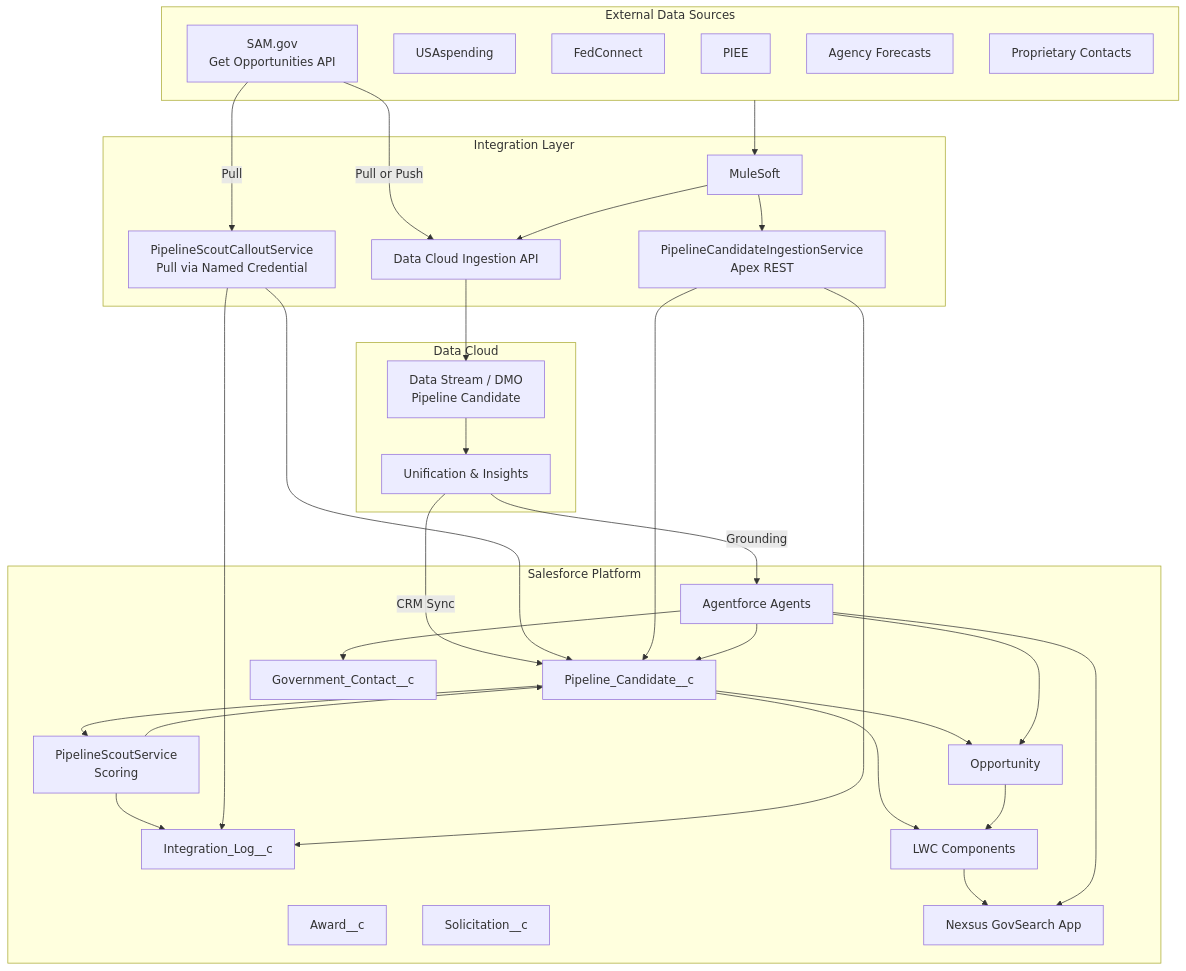
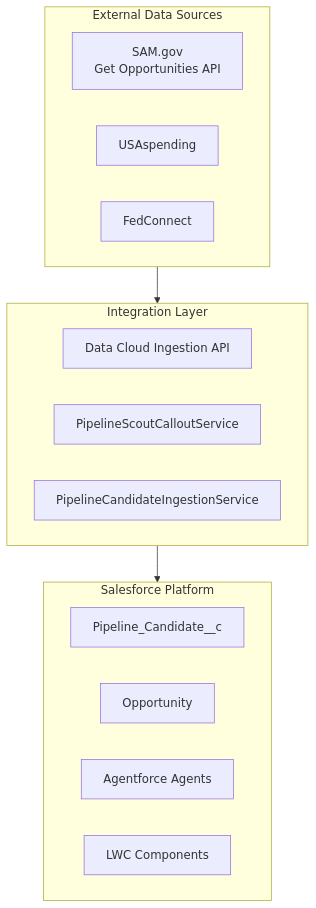
Before and after one commit to Hectorcaban-sudo/Nexsus-GovSearch: the diagram in docs/diagrams.md, drawn with Mermaid. The commit also changed other lines of this file, not shown here.

Commit message:
Add JPG workflow diagram references to diagrams.md

````diff
--- a/docs/diagrams.md
+++ b/docs/diagrams.md
@@ -7,65 +41,24 @@
 ```mermaid
 flowchart TD
     subgraph External["External Data Sources"]
         SAM[SAM.gov<br/>Get Opportunities API]
         USA[USAspending]
         FC[FedConnect]
-        PIEE[PIEE]
-        Forecasts[Agency Forecasts]
-        Contacts[Proprietary Contacts]
     end
 
     subgraph Integration["Integration Layer"]
         DCIngest[Data Cloud Ingestion API]
-        Callout[PipelineScoutCalloutService<br/>Pull via Named Credential]
-        ApexIngest[PipelineCandidateIngestionService<br/>Apex REST]
-        Mule[MuleSoft]
-    end
-
-    subgraph DataCloud["Data Cloud"]
-        Stream[Data Stream / DMO<br/>Pipeline Candidate]
-        Enrich[Unification & Insights]
+        Callout[PipelineScoutCalloutService]
+        ApexIngest[PipelineCandidateIngestionService]
     end
 
     subgraph Salesforce["Salesforce Platform"]
         PC[Pipeline_Candidate__c]
         Opp[Opportunity]
-        Award[Award__c]
-        Sol[Solicitation__c]
-        Contact[Government_Contact__c]
-        Log[Integration_Log__c]
-        Score[PipelineScoutService<br/>Scoring]
         Agents[Agentforce Agents]
         LWC[LWC Components]
-        App[Nexsus GovSearch App]
     end
 
-    SAM -->|Pull or Push| DCIngest
-    SAM -->|Pull| Callout
-    External --> Mule
-    Mule --> DCIngest
-    Mule --> ApexIngest
-
-    DCIngest --> Stream
-    Stream --> Enrich
-    Enrich -->|CRM Sync| PC
-    Enrich -->|Grounding| Agents
-
-    Callout --> PC
-    ApexIngest --> PC
-
-    PC --> Score
-    Score --> PC
-    Score --> Log
-    Callout --> Log
-    ApexIngest --> Log
-
-    PC --> Opp
-    PC --> LWC
-    Opp --> LWC
-    Agents --> PC
-    Agents --> Opp
-    Agents --> Contact
-    LWC --> App
-    Agents --> App
+    External --> Integration
+    Integration --> Salesforce
 ```
````
